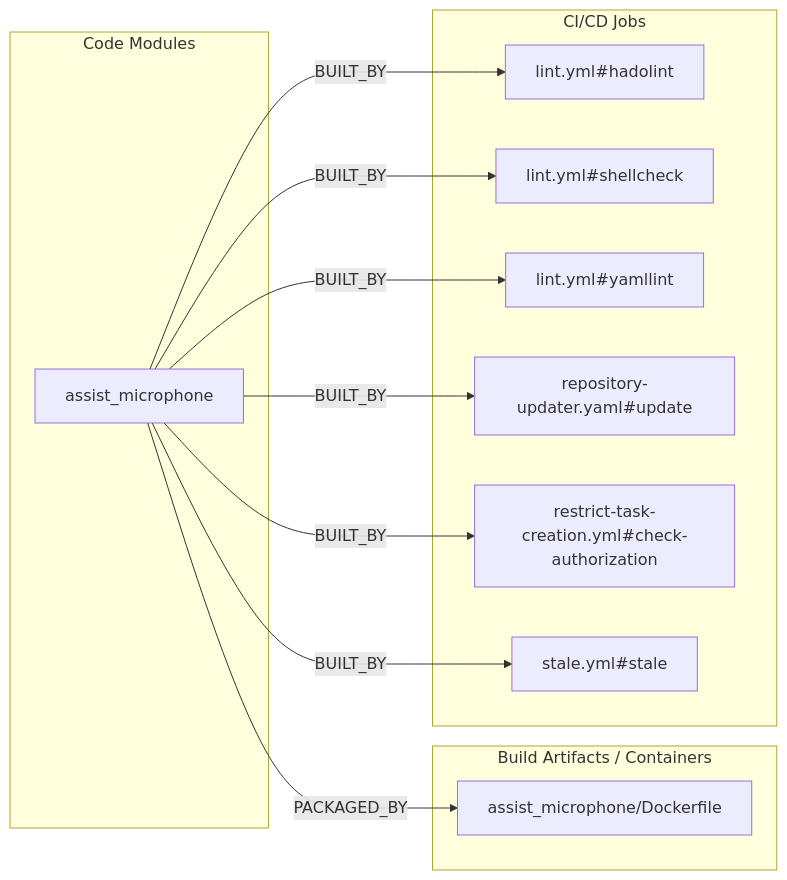
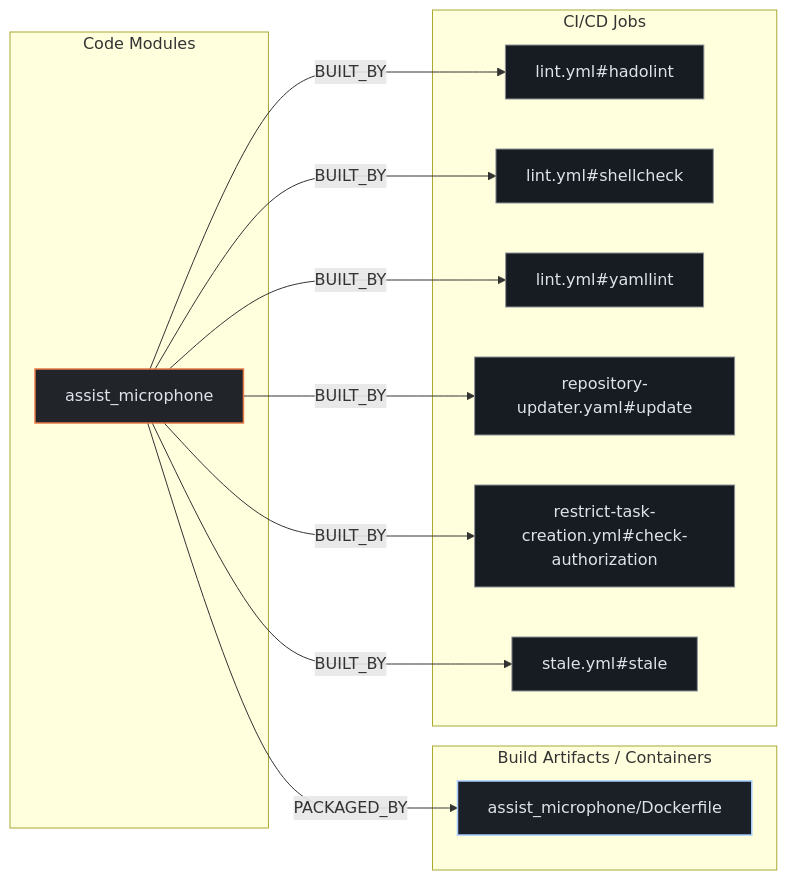
The second of 3 diagrams in exports/latest/reports/home-assistant-apps-report.md (kumarshaz/atruss-code-atlas), drawn with Mermaid before and after one commit. The commit also changed other lines of this file and 331 other files, not shown here.

Commit message:
docs,ui,fix: update SDLC docs, reorder CI/CD DAG first, stylize Mermaid, and fix Arc42 pipeline topology

````diff
--- a/exports/latest/reports/home-assistant-apps-report.md
+++ b/exports/latest/reports/home-assistant-apps-report.md
@@ -79,24 +86,28 @@
 ```mermaid
 flowchart LR
+    classDef atlasCategory fill:#212428,stroke:#E87A48,stroke-width:1.5px,color:#dfe3eb
+    classDef atlasWorkflow fill:#1b2026,stroke:#a3c9ff,stroke-width:1.5px,color:#dfe3eb
+    classDef atlasJob fill:#171c22,stroke:#8d9199,stroke-width:1px,color:#dfe3eb
+    classDef atlasTarget fill:#005227,stroke:#8bd99b,stroke-width:1.5px,color:#a7f6b6
     subgraph code_modules["Code Modules"]
-        mod_assist_microphone["assist_microphone"]
+        mod_assist_microphone["assist_microphone"]:::atlasCategory
     end
     subgraph build_artifacts["Build Artifacts / Containers"]
-        art_assist_microphone_Dockerfile["assist_microphone/Dockerfile"]
+        art_assist_microphone_Dockerfile["assist_microphone/Dockerfile"]:::atlasWorkflow
     end
     subgraph ci_jobs["CI/CD Jobs"]
-        job_lint_yml_hadolint["lint.yml#hadolint"]
-        job_lint_yml_shellcheck["lint.yml#shellcheck"]
-        job_lint_yml_yamllint["lint.yml#yamllint"]
-        job_repository_updater_yaml_update["repository-updater.yaml#update"]
-        job_restrict_task_creation_yml_check_authorization["restrict-task-creation.yml#check-authorization"]
-        job_stale_yml_stale["stale.yml#stale"]
+        job_lint_yml_hadolint["lint.yml#hadolint"]:::atlasJob
+        job_lint_yml_shellcheck["lint.yml#shellcheck"]:::atlasJob
+        job_lint_yml_yamllint["lint.yml#yamllint"]:::atlasJob
+        job_repository_updater_yaml_update["repository-updater.yaml#update"]:::atlasJob
+        job_restrict_task_creation_yml_check_authorization["restrict-task-creation.yml#check-authorization"]:::atlasJob
+        job_stale_yml_stale["stale.yml#stale"]:::atlasJob
     end
     mod_assist_microphone -->|BUILT_BY| job_lint_yml_hadolint
     mod_assist_microphone -->|BUILT_BY| job_lint_yml_shellcheck
     mod_assist_microphone -->|BUILT_BY| job_lint_yml_yamllint
     mod_assist_microphone -->|BUILT_BY| job_repository_updater_yaml_update
     mod_assist_microphone -->|BUILT_BY| job_restrict_task_creation_yml_check_authorization
     mod_assist_microphone -->|BUILT_BY| job_stale_yml_stale
     mod_assist_microphone -->|PACKAGED_BY| art_assist_microphone_Dockerfile
 ```
````
